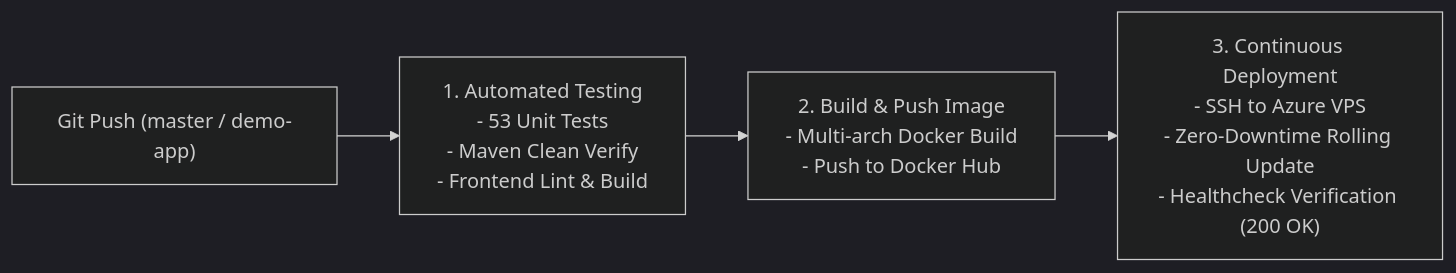
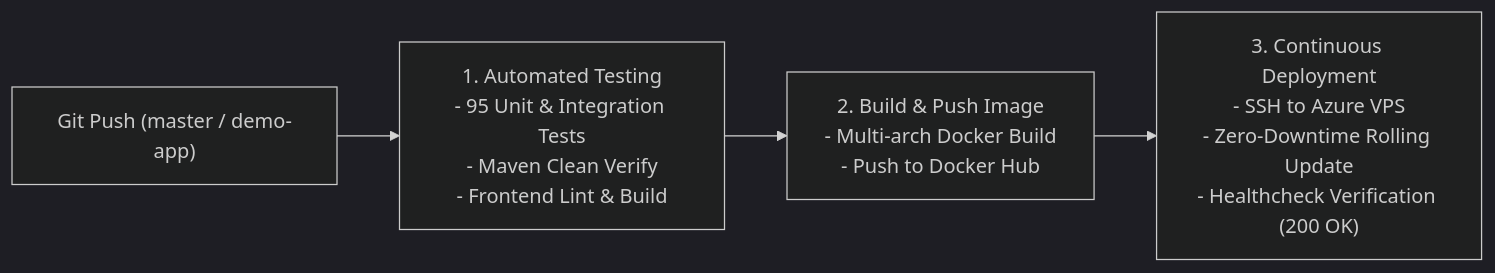
One commit to nguyenbach264/BookingSalon changed the fourth of 4 diagrams in README.md. Above: the diagram before and after it, drawn with Mermaid (dark theme). The commit also changed other lines of this file, not shown here.

````diff
--- a/README.md
+++ b/README.md
@@ -192,6 +257,6 @@
 ```mermaid
 flowchart LR
-    Push["Git Push (master / demo-app)"] --> TestStage["1. Automated Testing\n- 53 Unit Tests\n- Maven Clean Verify\n- Frontend Lint & Build"]
+    Push["Git Push (master / demo-app)"] --> TestStage["1. Automated Testing\n- 95 Unit & Integration Tests\n- Maven Clean Verify\n- Frontend Lint & Build"]
     TestStage --> DockerStage["2. Build & Push Image\n- Multi-arch Docker Build\n- Push to Docker Hub"]
     DockerStage --> DeployStage["3. Continuous Deployment\n- SSH to Azure VPS\n- Zero-Downtime Rolling Update\n- Healthcheck Verification (200 OK)"]
 ```
````
